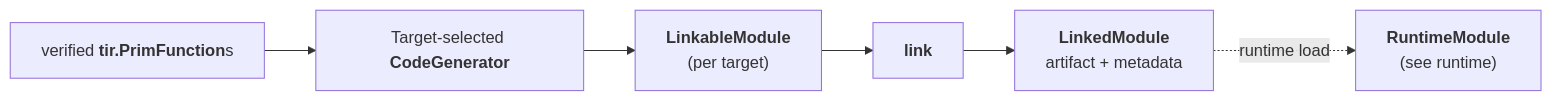
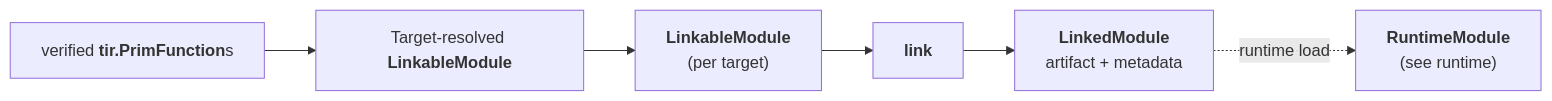
The diagram in docs/spec/codegen.md (tile-ai/TileFoundry), drawn with Mermaid before and after one commit. The commit also changed other lines of this file and 27 other files, not shown here.

````diff
--- a/docs/spec/codegen.md
+++ b/docs/spec/codegen.md
@@ -9,12 +9,12 @@
 ```mermaid
 flowchart LR
     TIR["verified <b>tir.PrimFunction</b>s"]
-    Emit["Target-selected <b>CodeGenerator</b>"]
+    Emit["Target-resolved <b>LinkableModule</b>"]
     LM["<b>LinkableModule</b><br/>(per target)"]
     Link["<b>link</b>"]
     Linked["<b>LinkedModule</b><br/>artifact + metadata"]
     RM["<b>RuntimeModule</b><br/>(see runtime)"]
 
     TIR --> Emit --> LM --> Link --> Linked
     Linked -. runtime load .-> RM
 ```
````
